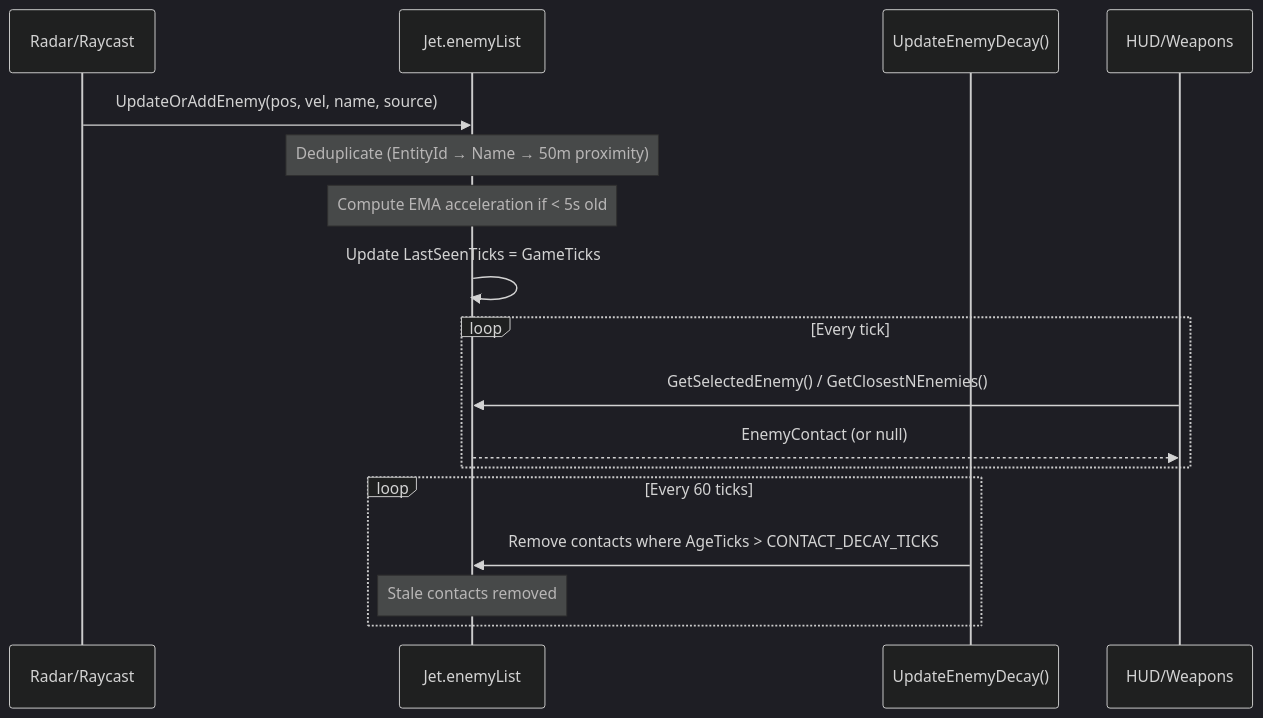
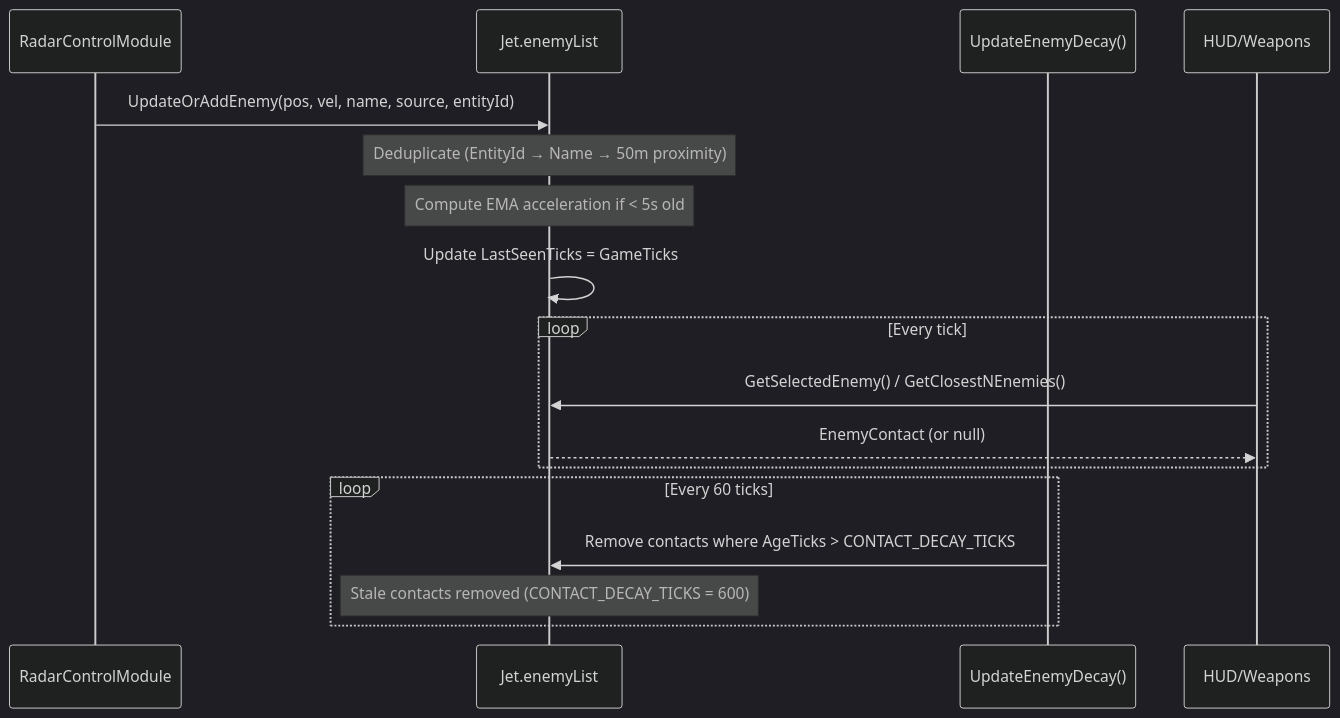
The third of 7 diagrams in docs/target-tracking.md (Terilia/JetOS), drawn with Mermaid (dark theme) before and after one commit. The commit also changed other lines of this file and 45 other files, not shown here.

````diff
--- a/docs/target-tracking.md
+++ b/docs/target-tracking.md
@@ -93,22 +84,22 @@
 ```mermaid
 sequenceDiagram
-    participant Sensor as Radar/Raycast
+    participant Sensor as RadarControlModule
     participant Jet as Jet.enemyList
     participant Decay as UpdateEnemyDecay()
     participant Consumer as HUD/Weapons
 
-    Sensor->>Jet: UpdateOrAddEnemy(pos, vel, name, source)
+    Sensor->>Jet: UpdateOrAddEnemy(pos, vel, name, source, entityId)
     Note over Jet: Deduplicate (EntityId → Name → 50m proximity)
     Note over Jet: Compute EMA acceleration if < 5s old
     Jet->>Jet: Update LastSeenTicks = GameTicks
 
     loop Every tick
         Consumer->>Jet: GetSelectedEnemy() / GetClosestNEnemies()
         Jet-->>Consumer: EnemyContact (or null)
     end
 
     loop Every 60 ticks
         Decay->>Jet: Remove contacts where AgeTicks > CONTACT_DECAY_TICKS
-        Note over Jet: Stale contacts removed
+        Note over Jet: Stale contacts removed (CONTACT_DECAY_TICKS = 600)
     end
 ```
````
